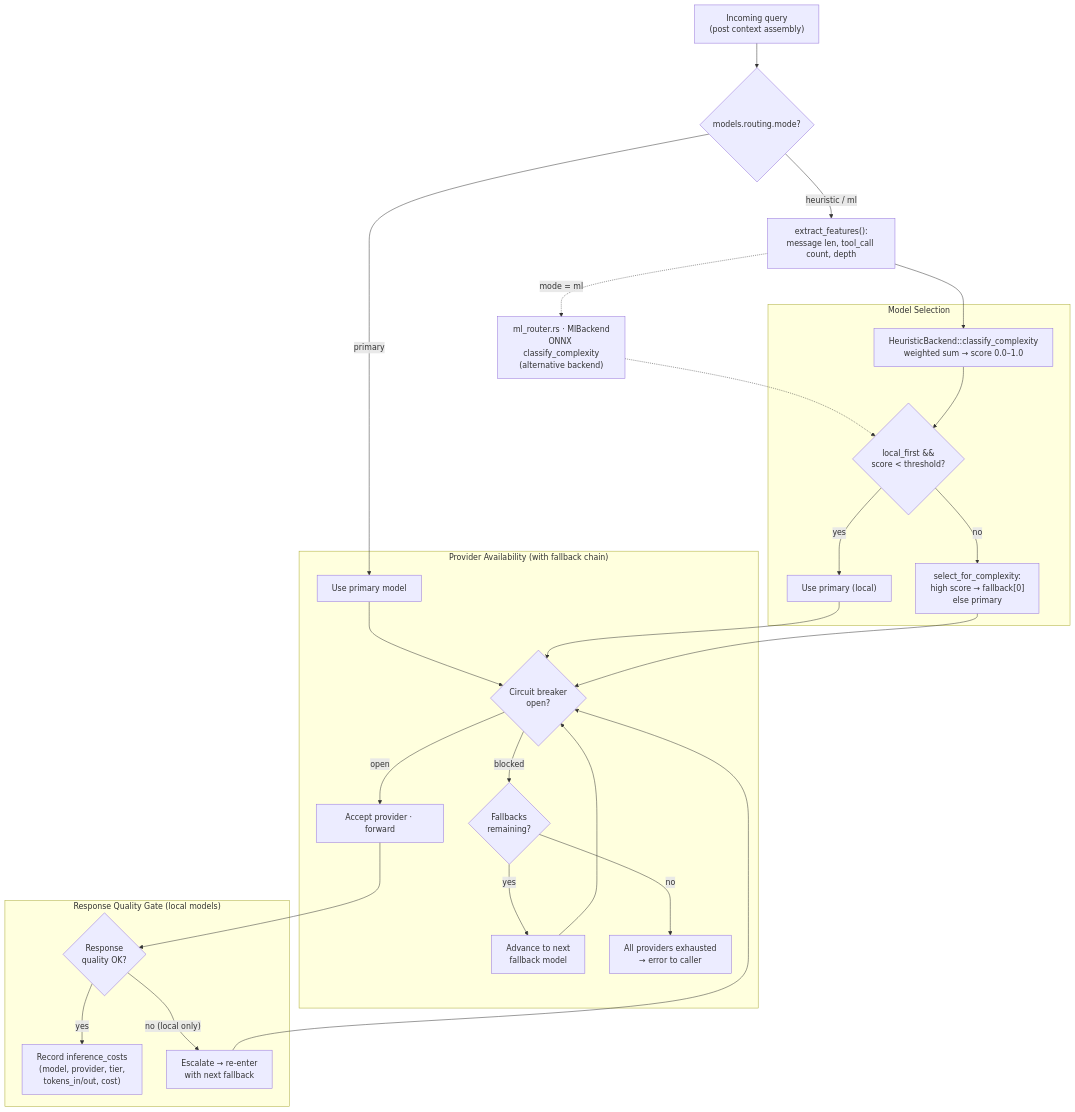
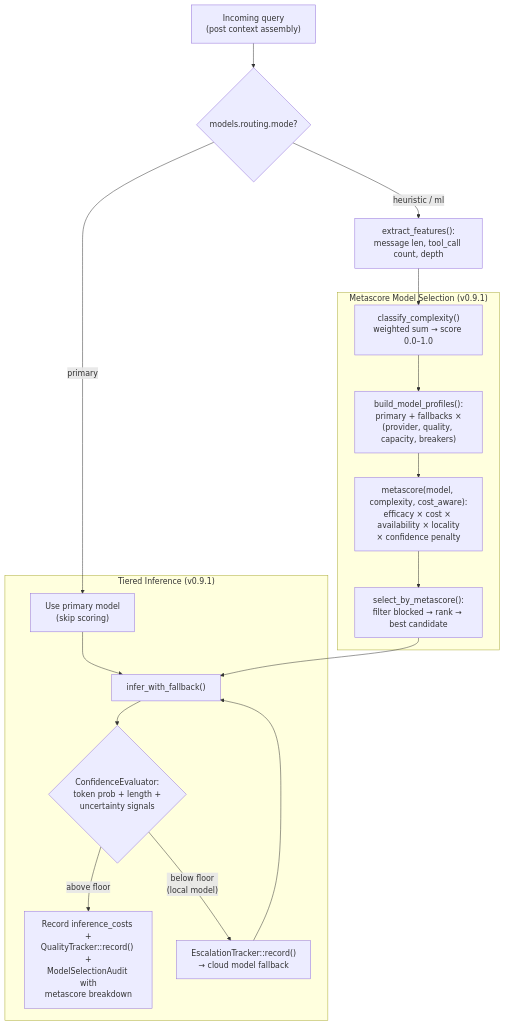
Before and after one commit to robot-accomplice/ironclad: the fifth of 26 diagrams in docs/architecture/ironclad-dataflow.md, drawn with Mermaid. The commit also changed other lines of this file and 166 other files, not shown here.

````diff
--- a/docs/architecture/ironclad-dataflow.md
+++ b/docs/architecture/ironclad-dataflow.md
@@ -212,36 +212,26 @@
 ```mermaid
 flowchart TD
     QUERY["Incoming query<br/>(post context assembly)"]
     QUERY --> MODE{"models.routing.mode?"}
 
-    MODE -->|"primary"| DIRECT["Use primary model"]
+    MODE -->|"primary"| DIRECT["Use primary model<br/>(skip scoring)"]
 
     MODE -->|"heuristic / ml"| FEATURES["extract_features():<br/>message len, tool_call count, depth"]
-    FEATURES --> HEURISTIC["HeuristicBackend::classify_complexity<br/>weighted sum → score 0.0–1.0"]
-    FEATURES -.->|"mode = ml"| ML_BACKEND["ml_router.rs · MlBackend<br/>ONNX classify_complexity<br/>(alternative backend)"]
-    ML_BACKEND -.-> LOCAL_FIRST
+    FEATURES --> CLASSIFY["classify_complexity()<br/>weighted sum → score 0.0–1.0"]
 
-    subgraph ModelSelection["Model Selection"]
-        HEURISTIC --> LOCAL_FIRST{"local_first &&<br/>score < threshold?"}
-        LOCAL_FIRST -->|yes| T1_ROUTE["Use primary (local)"]
-        LOCAL_FIRST -->|no| PRIMARY_ROUTE["select_for_complexity:<br/>high score → fallback[0]<br/>else primary"]
+    subgraph MetascoreRouting["Metascore Model Selection (v0.9.1)"]
+        CLASSIFY --> PROFILES["build_model_profiles():<br/>primary + fallbacks ×<br/>(provider, quality, capacity, breakers)"]
+        PROFILES --> SCORE["metascore(model, complexity, cost_aware):<br/>efficacy × cost × availability × locality<br/>× confidence penalty"]
+        SCORE --> SELECT["select_by_metascore():<br/>filter blocked → rank → best candidate"]
     end
 
-    subgraph ProviderCheck["Provider Availability (with fallback chain)"]
-        DIRECT & T1_ROUTE & PRIMARY_ROUTE --> BREAKER{"Circuit breaker<br/>open?"}
-        BREAKER -->|open| ACCEPT["Accept provider · forward"]
-        BREAKER -->|blocked| FALLBACK{"Fallbacks<br/>remaining?"}
-        FALLBACK -->|yes| NEXT["Advance to next<br/>fallback model"]
-        NEXT --> BREAKER
-        FALLBACK -->|no| EXHAUST["All providers exhausted<br/>→ error to caller"]
+    subgraph TieredInference["Tiered Inference (v0.9.1)"]
+        DIRECT & SELECT --> INFER["infer_with_fallback()"]
+        INFER --> CONFIDENCE{"ConfidenceEvaluator:<br/>token prob + length +<br/>uncertainty signals"}
+        CONFIDENCE -->|"above floor"| RECORD
+        CONFIDENCE -->|"below floor<br/>(local model)"| ESCALATE["EscalationTracker::record()<br/>→ cloud model fallback"]
+        ESCALATE --> INFER
     end
 
-    subgraph QualityGate["Response Quality Gate (local models)"]
-        ACCEPT --> QUALITY{"Response<br/>quality OK?"}
-        QUALITY -->|yes| RECORD
-        QUALITY -->|"no (local only)"| ESCALATE["Escalate → re-enter<br/>with next fallback"]
-        ESCALATE --> BREAKER
-    end
-
-    RECORD["Record inference_costs<br/>(model, provider, tier,<br/>tokens_in/out, cost)"]
+    RECORD["Record inference_costs +<br/>QualityTracker::record() +<br/>ModelSelectionAudit with<br/>metascore breakdown"]
 ```
````
